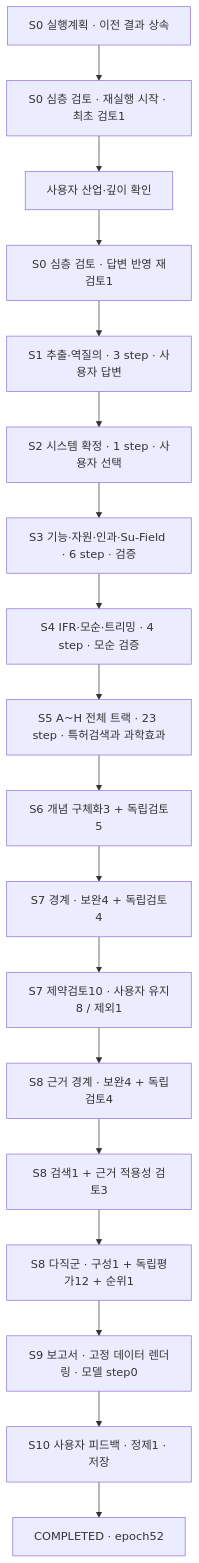
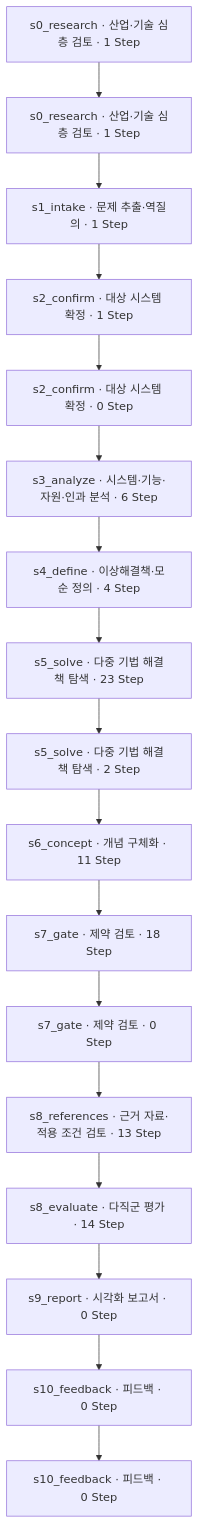
The diagram in docs/sample-data/rotation-serial-latest/README.md (equipment0226/triz_backend), drawn with Mermaid before and after one commit. The commit also changed other lines of this file and 1606 other files, not shown here.

````diff
--- a/docs/sample-data/rotation-serial-latest/README.md
+++ b/docs/sample-data/rotation-serial-latest/README.md
@@ -38,20 +31,36 @@
 ```mermaid
 flowchart TD
-    A["S0 실행계획 · 이전 결과 상속"] --> B["S0 심층 검토 · 재실행 시작 · 최초 검토1"]
-    B --> BH["사용자 산업·깊이 확인"]
-    BH --> BR["S0 심층 검토 · 답변 반영 재검토1"]
-    BR --> C["S1 추출·역질의 · 3 step · 사용자 답변"]
-    C --> D["S2 시스템 확정 · 1 step · 사용자 선택"]
-    D --> E["S3 기능·자원·인과·Su-Field · 6 step · 검증"]
-    E --> F["S4 IFR·모순·트리밍 · 4 step · 모순 검증"]
-    F --> G["S5 A~H 전체 트랙 · 23 step · 특허검색과 과학효과"]
-    G --> H["S6 개념 구체화3 + 독립검토5"]
-    H --> I["S7 경계 · 보완4 + 독립검토4"]
-    I --> J["S7 제약검토10 · 사용자 유지8 / 제외1"]
-    J --> K["S8 근거 경계 · 보완4 + 독립검토4"]
-    K --> L["S8 검색1 + 근거 적용성 검토3"]
-    L --> M["S8 다직군 · 구성1 + 독립평가12 + 순위1"]
-    M --> N["S9 보고서 · 고정 데이터 렌더링 · 모델 step0"]
-    N --> O["S10 사용자 피드백 · 정제1 · 저장"]
-    O --> P["COMPLETED · epoch52"]
+    S0["s0_research · 산업·기술 심층 검토 · 1 Step"]
+    S1["s0_research · 산업·기술 심층 검토 · 1 Step"]
+    S0 --> S1
+    S2["s1_intake · 문제 추출·역질의 · 1 Step"]
+    S1 --> S2
+    S3["s2_confirm · 대상 시스템 확정 · 1 Step"]
+    S2 --> S3
+    S4["s2_confirm · 대상 시스템 확정 · 0 Step"]
+    S3 --> S4
+    S5["s3_analyze · 시스템·기능·자원·인과 분석 · 6 Step"]
+    S4 --> S5
+    S6["s4_define · 이상해결책·모순 정의 · 4 Step"]
+    S5 --> S6
+    S7["s5_solve · 다중 기법 해결책 탐색 · 23 Step"]
+    S6 --> S7
+    S8["s5_solve · 다중 기법 해결책 탐색 · 2 Step"]
+    S7 --> S8
+    S9["s6_concept · 개념 구체화 · 11 Step"]
+    S8 --> S9
+    S10["s7_gate · 제약 검토 · 18 Step"]
+    S9 --> S10
+    S11["s7_gate · 제약 검토 · 0 Step"]
+    S10 --> S11
+    S12["s8_references · 근거 자료·적용 조건 검토 · 13 Step"]
+    S11 --> S12
+    S13["s8_evaluate · 다직군 평가 · 14 Step"]
+    S12 --> S13
+    S14["s9_report · 시각화 보고서 · 0 Step"]
+    S13 --> S14
+    S15["s10_feedback · 피드백 · 0 Step"]
+    S14 --> S15
+    S16["s10_feedback · 피드백 · 0 Step"]
+    S15 --> S16
 ```
````
